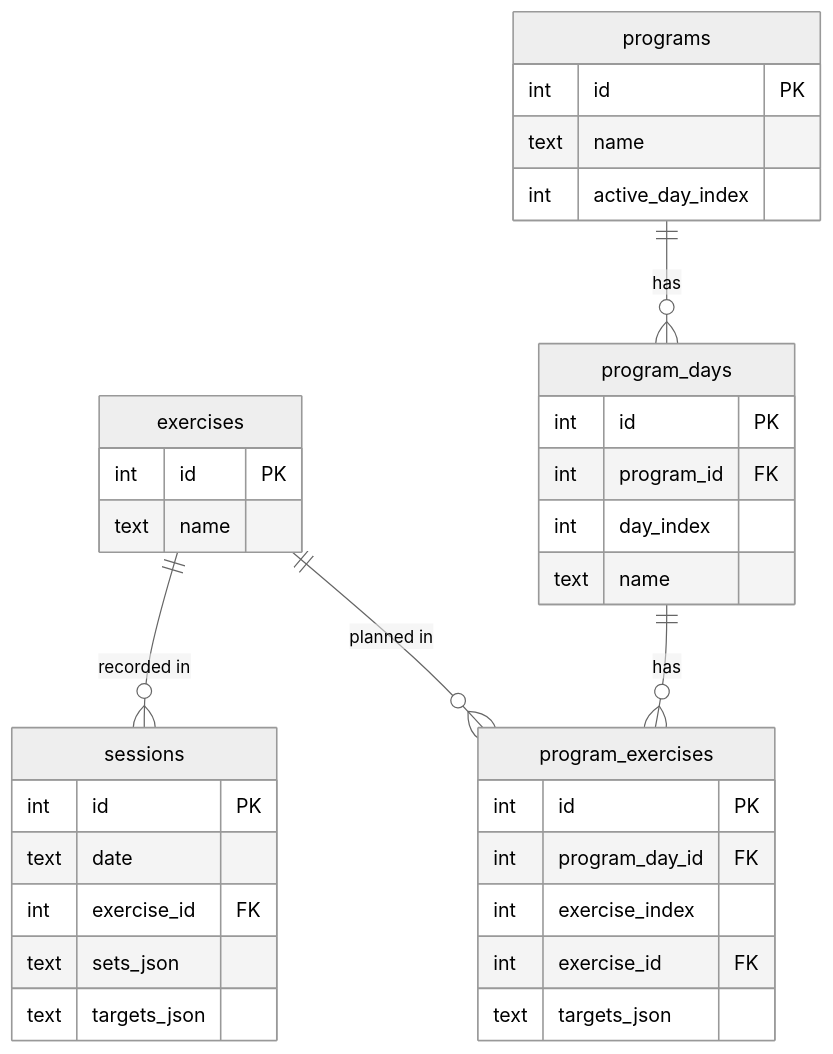
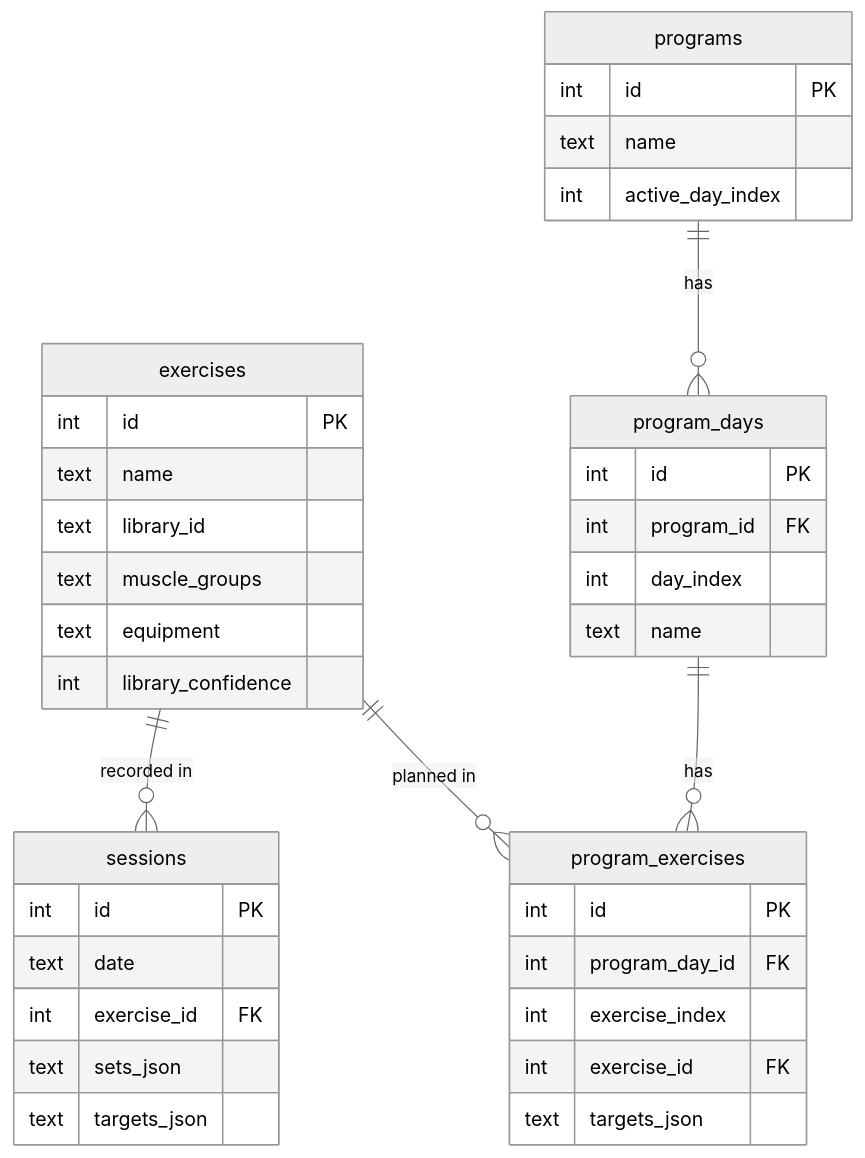
One commit to lmchoi/spuddy changed the diagram in docs/data-model.md. Above: the diagram before and after it, drawn with Mermaid (neutral theme). The commit also changed other lines of this file, not shown here.

Commit message:
docs: update data model to include exercise library enrichment columns

````diff
--- a/docs/data-model.md
+++ b/docs/data-model.md
@@ -7,41 +7,45 @@
 ```mermaid
 erDiagram
     exercises {
         int     id              PK
         text    name
+        text    library_id
+        text    muscle_groups
+        text    equipment
+        int     library_confidence
     }
 
     sessions {
         int     id              PK
         text    date
         int     exercise_id     FK
         text    sets_json
         text    targets_json
     }
 
     programs {
         int     id              PK
         text    name
         int     active_day_index
     }
 
     program_days {
         int     id              PK
         int     program_id      FK
         int     day_index
         text    name
     }
 
     program_exercises {
         int     id              PK
         int     program_day_id  FK
         int     exercise_index
         int     exercise_id     FK
         text    targets_json
     }
 
     exercises      ||--o{ sessions          : "recorded in"
     exercises      ||--o{ program_exercises : "planned in"
     programs       ||--o{ program_days      : "has"
     program_days   ||--o{ program_exercises : "has"
 ```
````
